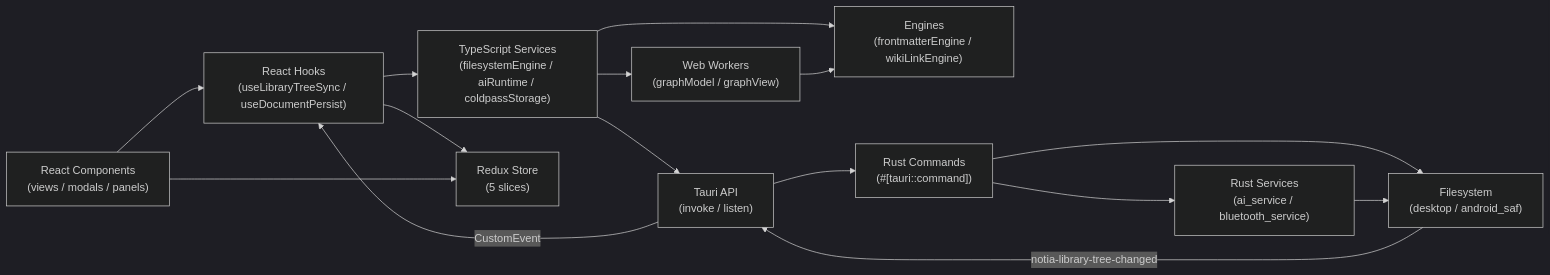
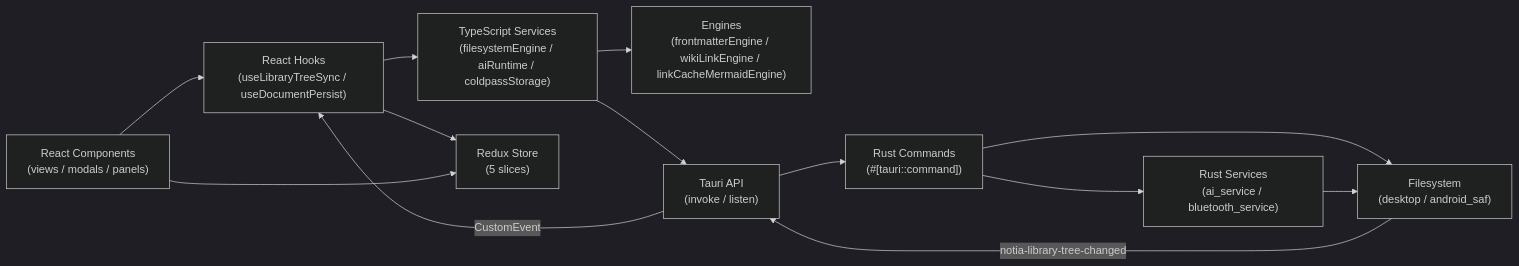
The second of 42 diagrams in README-TECH.md (GabrielMiuzzi/notia), drawn with Mermaid (dark theme) before and after one commit. The commit also changed other lines of this file and 23 other files, not shown here.

First line of the commit message:
feat(graph,mermaid): Graph View via Mermaid, linkCache auto-rebuild, lazy inline renders

````diff
--- a/README-TECH.md
+++ b/README-TECH.md
@@ -1291,28 +1310,25 @@
 ```mermaid
 flowchart LR
     UI["React Components<br/>(views / modals / panels)"]
     Hooks["React Hooks<br/>(useLibraryTreeSync / useDocumentPersist)"]
     ServicesTS["TypeScript Services<br/>(filesystemEngine / aiRuntime / coldpassStorage)"]
-    EnginesTS["Engines<br/>(frontmatterEngine / wikiLinkEngine)"]
+    EnginesTS["Engines<br/>(frontmatterEngine / wikiLinkEngine / linkCacheMermaidEngine)"]
     Redux["Redux Store<br/>(5 slices)"]
-    Workers["Web Workers<br/>(graphModel / graphView)"]
     TauriAPI["Tauri API<br/>(invoke / listen)"]
     CommandsRust["Rust Commands<br/>(#[tauri::command])"]
     ServicesRust["Rust Services<br/>(ai_service / bluetooth_service)"]
     FS["Filesystem<br/>(desktop / android_saf)"]
 
     UI --> Hooks
     Hooks --> ServicesTS
     Hooks --> Redux
     UI --> Redux
     ServicesTS --> EnginesTS
-    ServicesTS --> Workers
     ServicesTS --> TauriAPI
-    Workers --> EnginesTS
     TauriAPI --> CommandsRust
     CommandsRust --> ServicesRust
     CommandsRust --> FS
     ServicesRust --> FS
     FS --"notia-library-tree-changed"--> TauriAPI
     TauriAPI --"CustomEvent"--> Hooks
 ```
````
